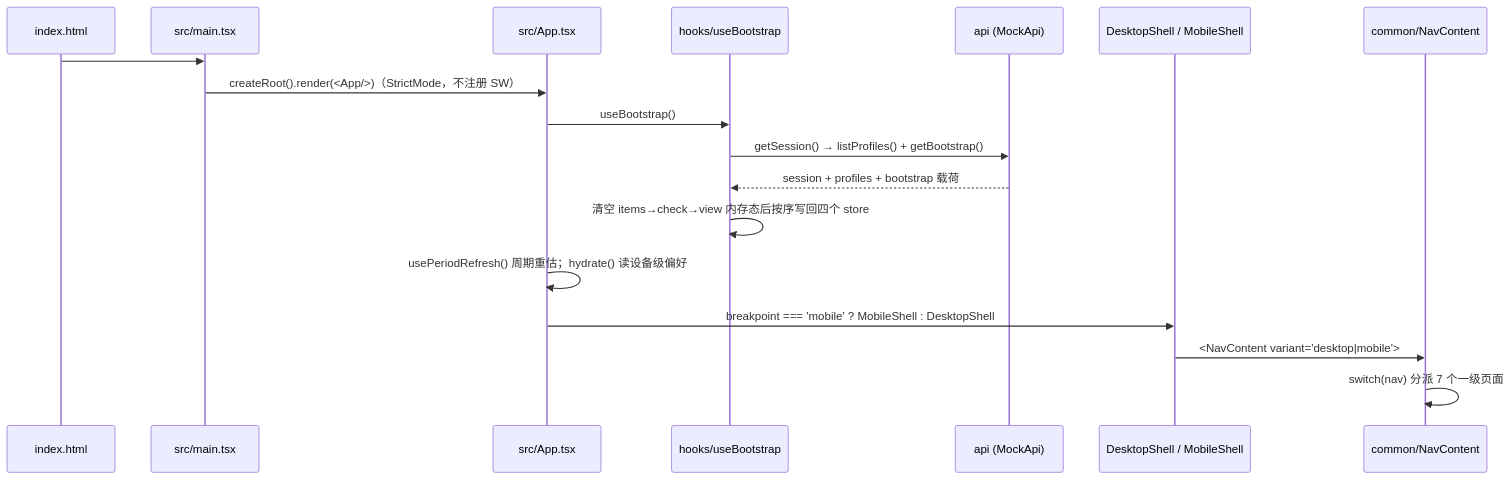
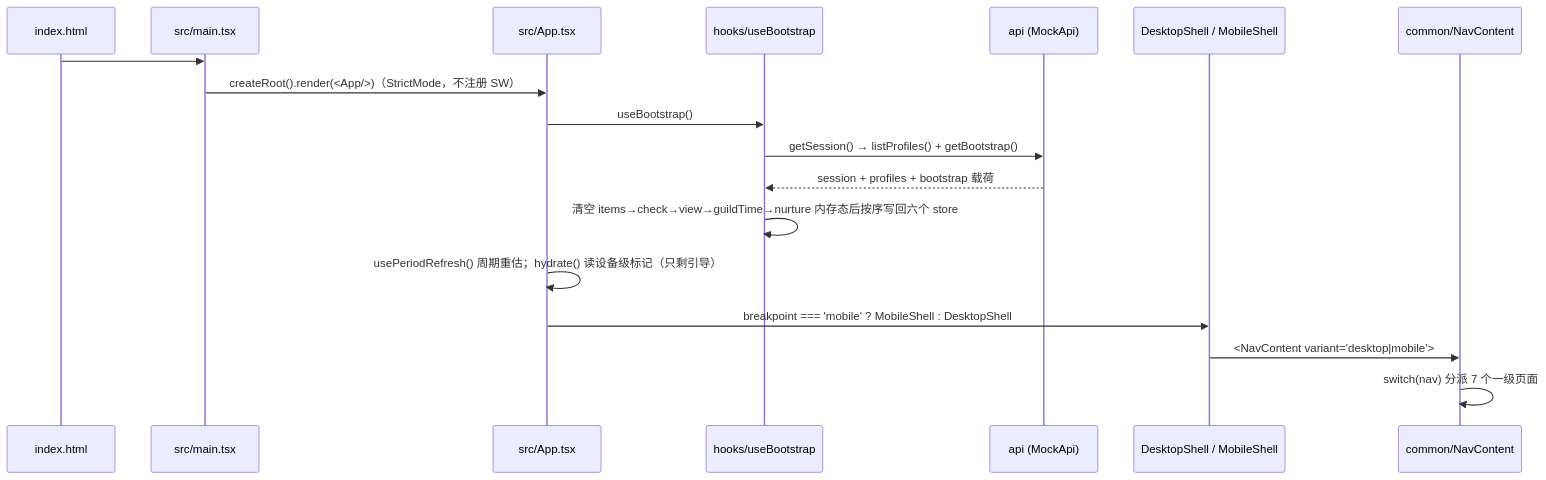
Before and after one commit to Jachin-Luo/yys-checklist: the second of 2 diagrams in docs/01-architecture.md, drawn with Mermaid. The commit also changed other lines of this file and 52 other files, not shown here.

````diff
--- a/docs/01-architecture.md
+++ b/docs/01-architecture.md
@@ -87,21 +87,21 @@
 ```mermaid
 sequenceDiagram
     participant HTML as index.html
     participant Main as src/main.tsx
     participant App as src/App.tsx
     participant Boot as hooks/useBootstrap
     participant API as api (MockApi)
     participant Shell as DesktopShell / MobileShell
     participant Nav as common/NavContent
 
     HTML->>Main: #root + module script
     Main->>App: createRoot().render(<App/>)（StrictMode，不注册 SW）
     App->>Boot: useBootstrap()
     Boot->>API: getSession() → listProfiles() + getBootstrap()
     API-->>Boot: session + profiles + bootstrap 载荷
-    Boot->>Boot: 清空 items→check→view 内存态后按序写回四个 store
-    App->>App: usePeriodRefresh() 周期重估；hydrate() 读设备级偏好
+    Boot->>Boot: 清空 items→check→view→guildTime→nurture 内存态后按序写回六个 store
+    App->>App: usePeriodRefresh() 周期重估；hydrate() 读设备级标记（只剩引导）
     App->>Shell: breakpoint === 'mobile' ? MobileShell : DesktopShell
     Shell->>Nav: <NavContent variant="desktop|mobile">
     Nav->>Nav: switch(nav) 分派 7 个一级页面
 ```
````
